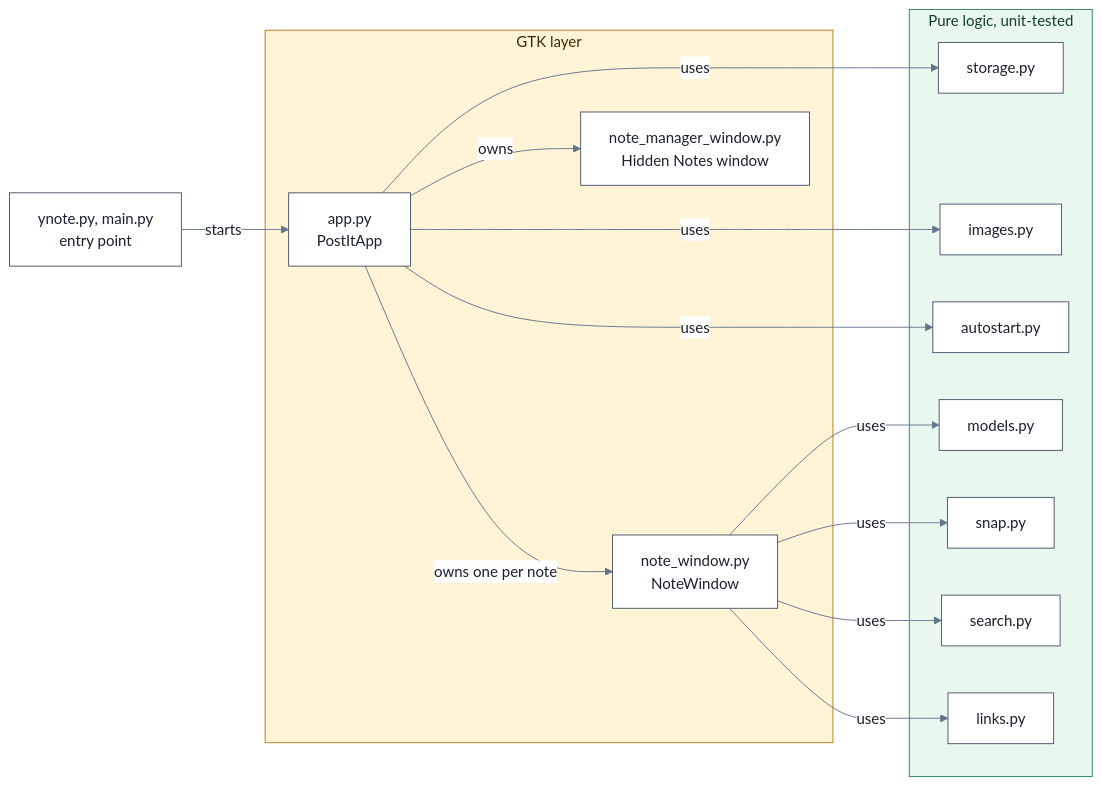
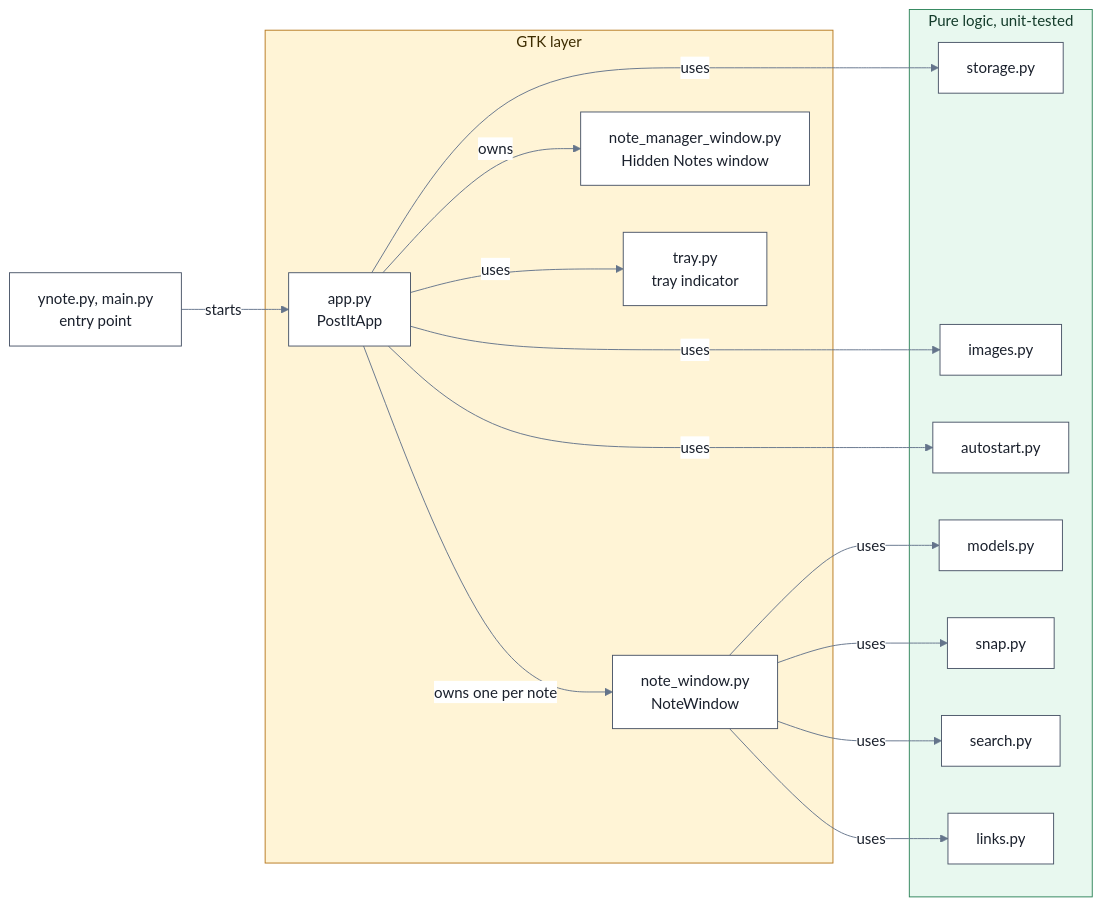
The first of 2 diagrams in ARCHITECTURE.md (vacu9708/ynote), drawn with Mermaid before and after one commit. The commit also changed other lines of this file and 10 other files, not shown here.

````diff
--- a/ARCHITECTURE.md
+++ b/ARCHITECTURE.md
@@ -13,37 +13,39 @@
 ```mermaid
 %%{init: {'theme': 'base', 'themeVariables': {'primaryColor': '#FFFFFF', 'primaryTextColor': '#1A202C', 'primaryBorderColor': '#4A5568', 'lineColor': '#64748B', 'edgeLabelBackground': '#FFFFFF', 'titleColor': '#1A202C'}}}%%
 flowchart LR
     Main["ynote.py, main.py<br/>entry point"]
 
     subgraph GTK["GTK layer"]
         App["app.py<br/>PostItApp"]
         Window["note_window.py<br/>NoteWindow"]
         Manager["note_manager_window.py<br/>Hidden Notes window"]
+        Tray["tray.py<br/>tray indicator"]
     end
 
     subgraph Pure["Pure logic, unit-tested"]
         Storage["storage.py"]
         Images["images.py"]
         Autostart["autostart.py"]
         Models["models.py"]
         Snap["snap.py"]
         Search["search.py"]
         Links["links.py"]
     end
 
     Main -->|starts| App
     App -->|owns one per note| Window
     App -->|owns| Manager
+    App -->|uses| Tray
     App -->|uses| Storage
     App -->|uses| Images
     App -->|uses| Autostart
     Window -->|uses| Models
     Window -->|uses| Snap
     Window -->|uses| Search
     Window -->|uses| Links
 
     classDef node fill:#FFFFFF,stroke:#4A5568,color:#1A202C
-    class Main,App,Window,Manager,Storage,Images,Autostart,Models,Snap,Search,Links node
+    class Main,App,Window,Manager,Tray,Storage,Images,Autostart,Models,Snap,Search,Links node
     style GTK fill:#FFF4D6,stroke:#B7791F,color:#3D2C00
     style Pure fill:#E8F8EF,stroke:#2F855A,color:#143C2B
 ```
````
